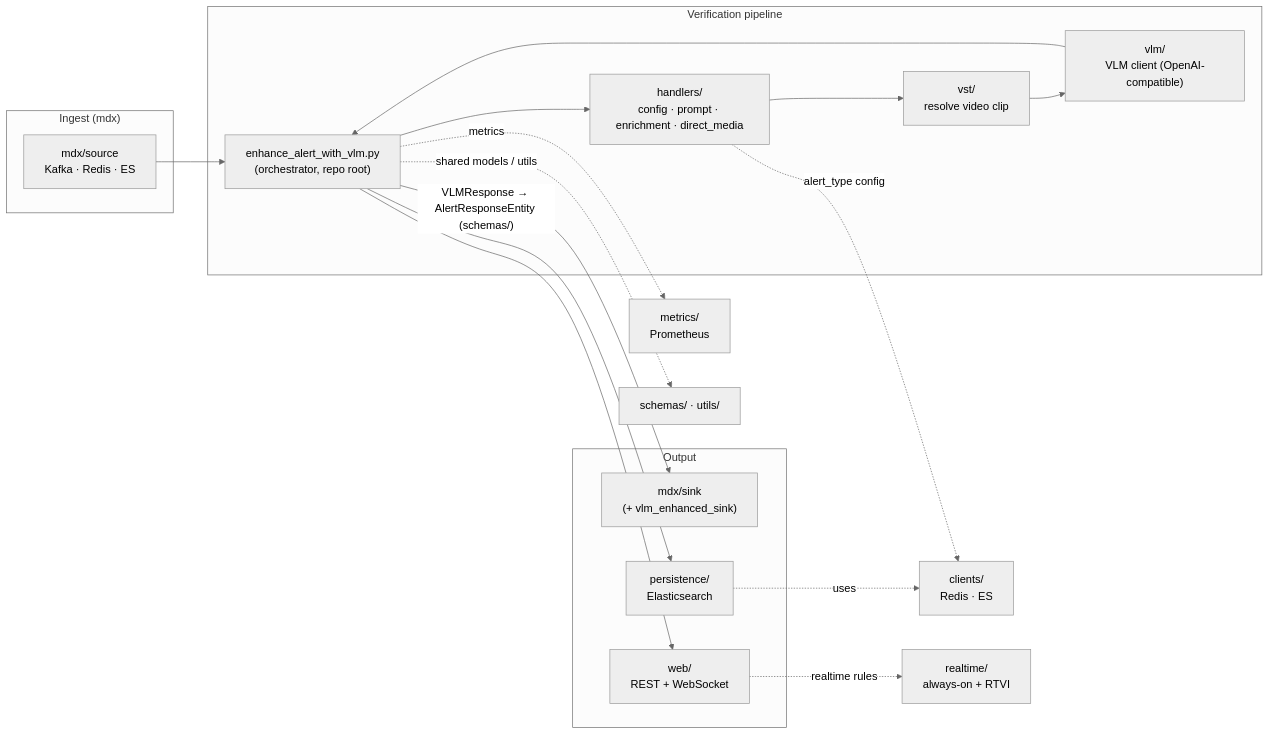
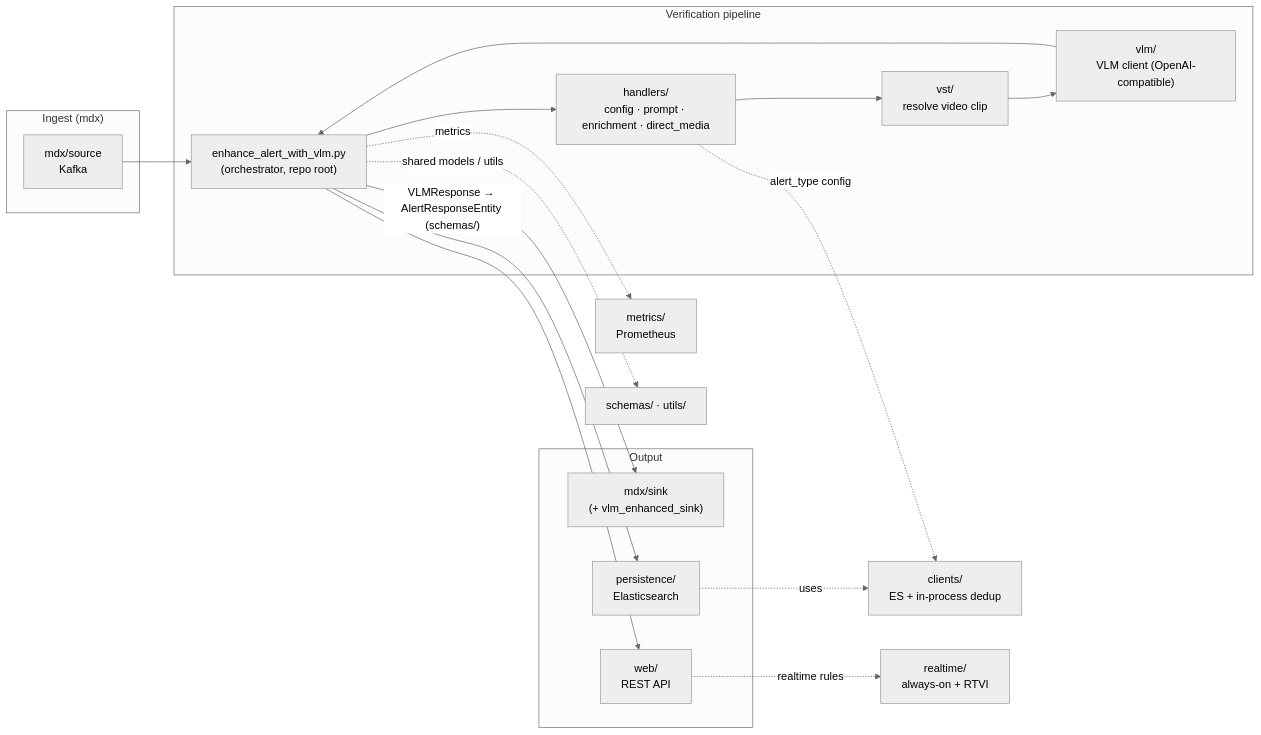
One commit to NVIDIA-AI-Blueprints/video-search-and-summarization changed the diagram in services/alert/src/README.md. Above: the diagram before and after it, drawn with Mermaid (neutral theme). The commit also changed other lines of this file and 96 other files, not shown here.

Commit message:
remove redis module from alert ms

````diff
--- a/services/alert/src/README.md
+++ b/services/alert/src/README.md
@@ -20,34 +20,34 @@
 ```mermaid
 flowchart LR
     subgraph Ingest["Ingest (mdx)"]
-        SRC["mdx/source<br/>Kafka · Redis · ES"]
+        SRC["mdx/source<br/>Kafka"]
     end
 
     subgraph Core["Verification pipeline"]
         ORC["enhance_alert_with_vlm.py<br/>(orchestrator, repo root)"]
         H["handlers/<br/>config · prompt · enrichment · direct_media"]
         VID["vst/<br/>resolve video clip"]
         VLM["vlm/<br/>VLM client (OpenAI-compatible)"]
     end
 
     subgraph Out["Output"]
         SNK["mdx/sink<br/>(+ vlm_enhanced_sink)"]
         PER["persistence/<br/>Elasticsearch"]
-        WEB["web/<br/>REST + WebSocket"]
+        WEB["web/<br/>REST API"]
     end
 
     SRC --> ORC
     ORC --> H
     H --> VID
     VID --> VLM
     VLM --> ORC
     ORC -->|"VLMResponse → AlertResponseEntity (schemas/)"| SNK
     ORC --> PER
     ORC --> WEB
 
-    H -. "alert_type config" .-> CL["clients/<br/>Redis · ES"]
+    H -. "alert_type config" .-> CL["clients/<br/>ES + in-process dedup"]
     PER -. uses .-> CL
     ORC -. metrics .-> MET["metrics/<br/>Prometheus"]
     WEB -. realtime rules .-> RT["realtime/<br/>always-on + RTVI"]
     ORC -. "shared models / utils" .-> UT["schemas/ · utils/"]
 ```
````
